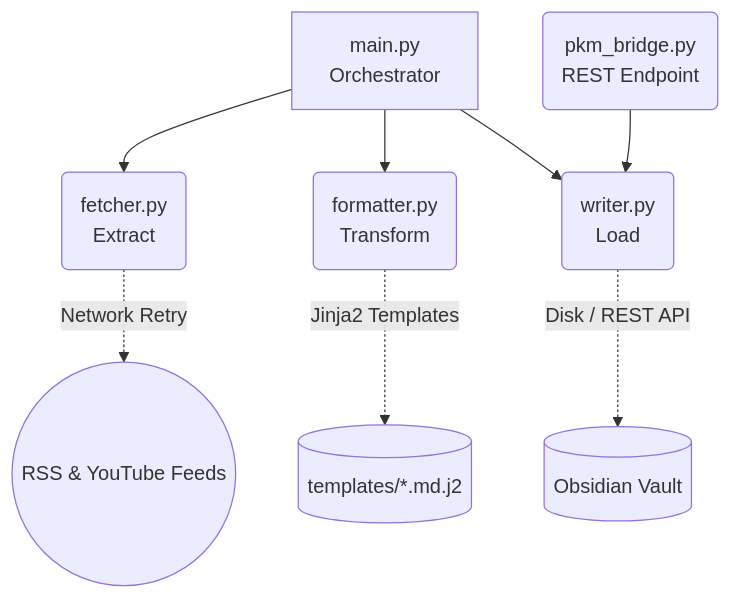
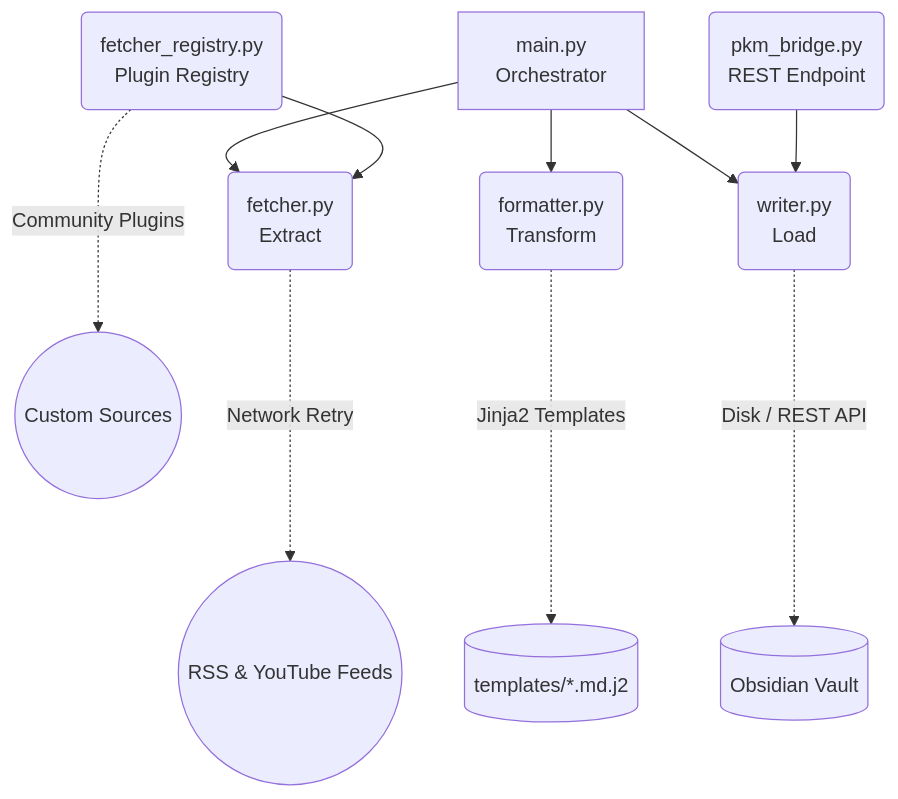
The diagram in README.md (haoran3160-afk/pkm_obsidian_workflow), drawn with Mermaid before and after one commit. The commit also changed other lines of this file and 30 other files, not shown here.

Commit message:
feat: V3 full optimization — CI/CD, Pydantic validation, write_mode, plugin registry, Rich UI, structlog, dry-run, MkDocs docs, GitHub community templates

````diff
--- a/README.md
+++ b/README.md
@@ -20,11 +25,13 @@
 ```mermaid
 graph TD
     A[main.py<br>Orchestrator] --> B(fetcher.py<br>Extract)
     A --> C(formatter.py<br>Transform)
     A --> D(writer.py<br>Load)
+    R(fetcher_registry.py<br>Plugin Registry) --> B
     E(pkm_bridge.py<br>REST Endpoint) --> D
     
-    B -.->|Network Retry| F((RSS & YouTube Feeds))
-    C -.->|Jinja2 Templates| T[(templates/*.md.j2)]
-    D -.->|Disk / REST API| G[(Obsidian Vault)]
+    B -..->|Network Retry| F((RSS & YouTube Feeds))
+    C -..->|Jinja2 Templates| T[(templates/*.md.j2)]
+    D -..->|Disk / REST API| G[(Obsidian Vault)]
+    R -..->|Community Plugins| P((Custom Sources))
 ```
````
